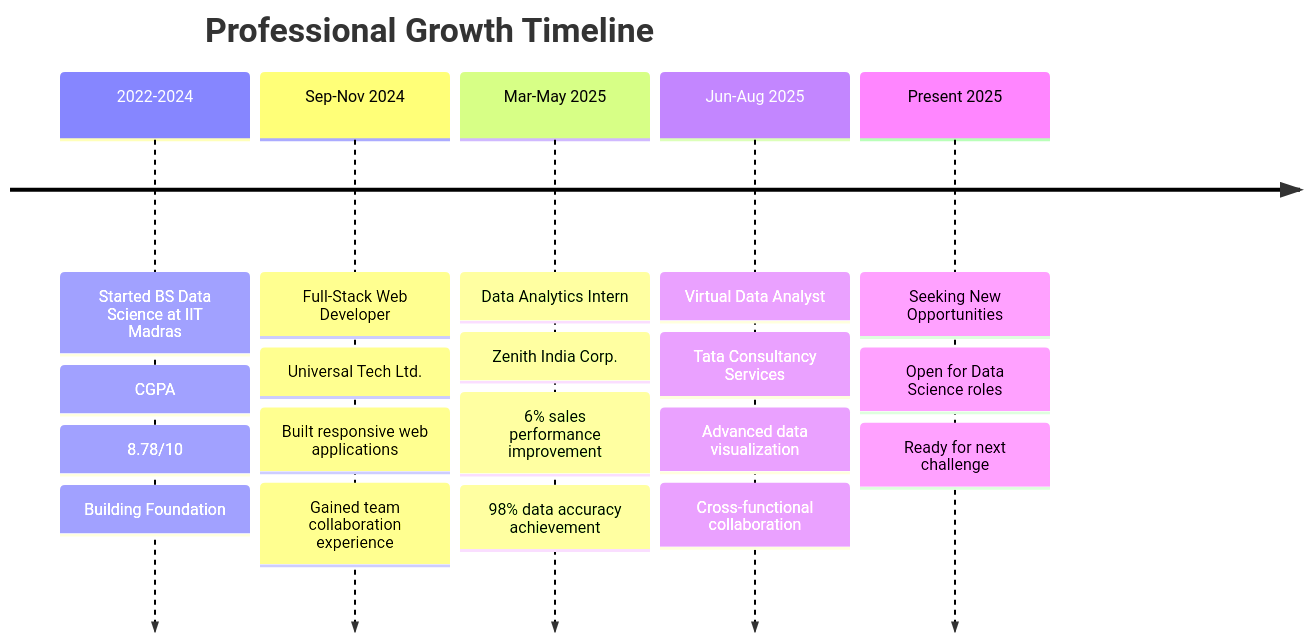
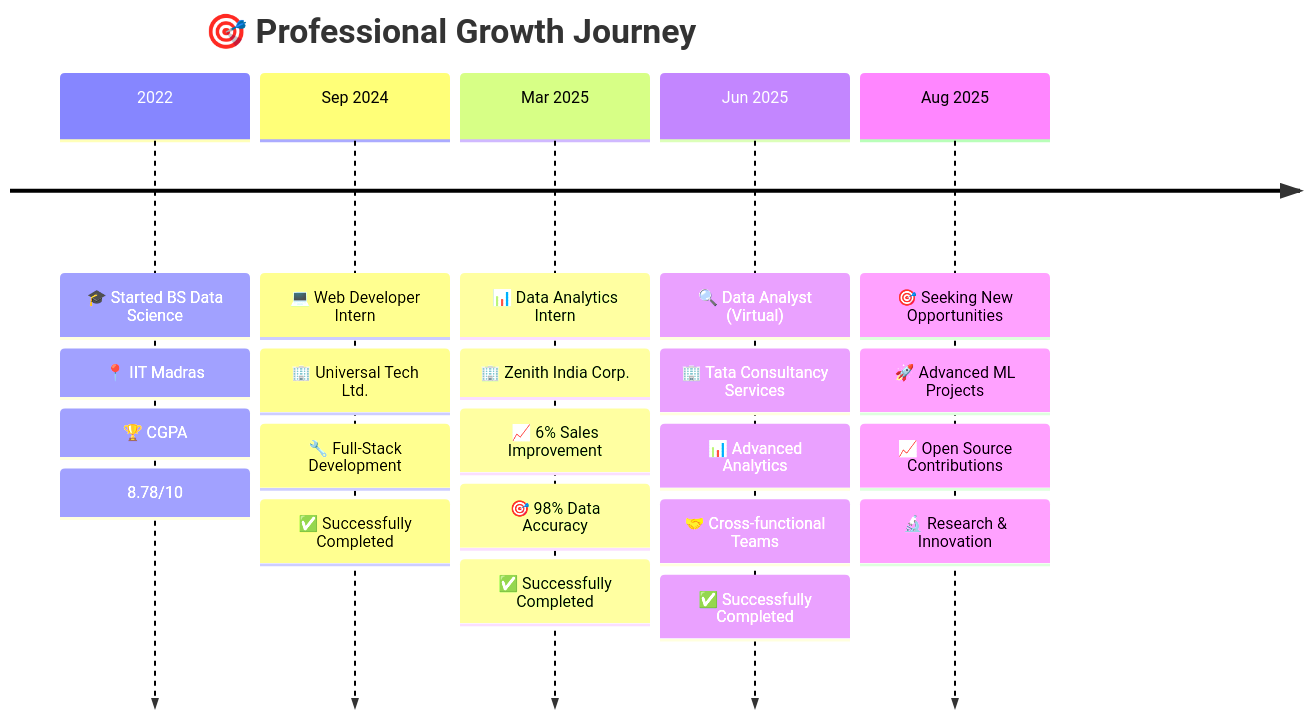
One commit to i-satyamsaurabh/i-satyamsaurabh changed the diagram in README.md. Above: the diagram before and after it, drawn with Mermaid. The commit also changed other lines of this file, not shown here.

````diff
--- a/README.md
+++ b/README.md
@@ -204,27 +202,30 @@
 ```mermaid
 timeline
-    title Professional Growth Timeline
+    title 🎯 Professional Growth Journey
     
-    2022-2024    : Started BS Data Science at IIT Madras
-                 : CGPA: 8.78/10
-                 : Building Foundation
+    2022        : 🎓 Started BS Data Science
+                : 📍 IIT Madras
+                : 🏆 CGPA: 8.78/10
     
-    Sep-Nov 2024 : Full-Stack Web Developer
-                 : Universal Tech Ltd.
-                 : Built responsive web applications
-                 : Gained team collaboration experience
+    Sep 2024    : 💻 Web Developer Intern
+                : 🏢 Universal Tech Ltd.
+                : 🔧 Full-Stack Development
+                : ✅ Successfully Completed
     
-    Mar-May 2025 : Data Analytics Intern
-                 : Zenith India Corp.
-                 : 6% sales performance improvement
-                 : 98% data accuracy achievement
+    Mar 2025    : 📊 Data Analytics Intern
+                : 🏢 Zenith India Corp.
+                : 📈 6% Sales Improvement
+                : 🎯 98% Data Accuracy
+                : ✅ Successfully Completed
     
-    Jun-Aug 2025 : Virtual Data Analyst
-                 : Tata Consultancy Services
-                 : Advanced data visualization
-                 : Cross-functional collaboration
+    Jun 2025    : 🔍 Data Analyst (Virtual)
+                : 🏢 Tata Consultancy Services
+                : 📊 Advanced Analytics
+                : 🤝 Cross-functional Teams
+                : ✅ Successfully Completed
     
-    Present 2025 : Seeking New Opportunities
-                 : Open for Data Science roles
-                 : Ready for next challenge
+    Aug 2025    : 🎯 Seeking New Opportunities
+                : 🚀 Advanced ML Projects
+                : 📈 Open Source Contributions
+                : 🔬 Research & Innovation
 ```
````
